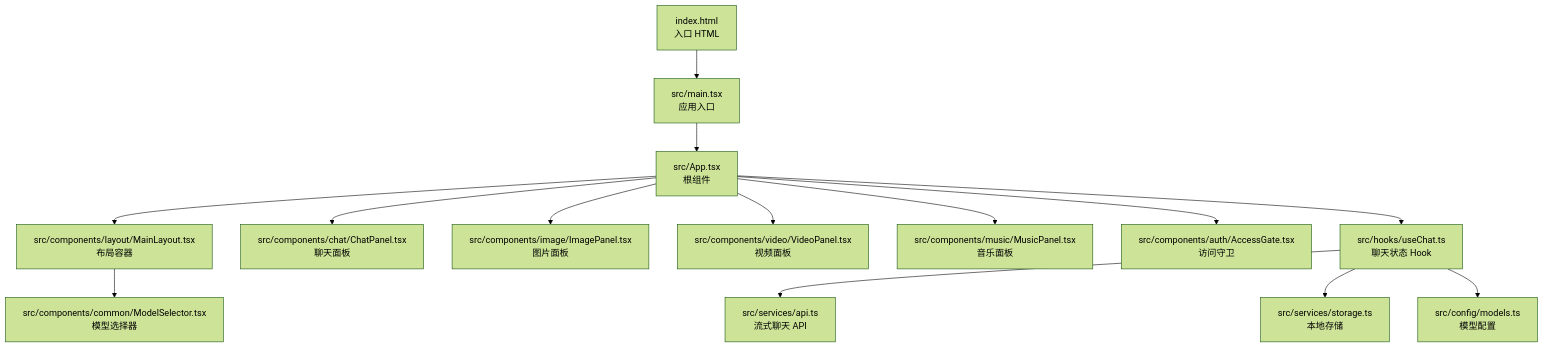
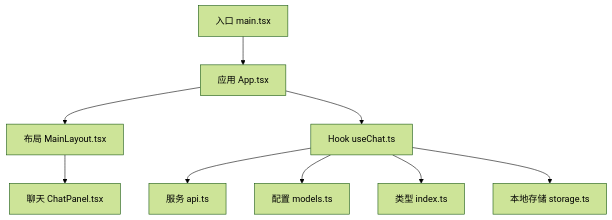
Before and after one commit to billye220670/AIShop: the first of 7 diagrams in .qoder/repowiki/zh/content/架构设计/整体架构概览.md, drawn with Mermaid (forest theme). The commit also changed other lines of this file and 135 other files, not shown here.

````diff
--- a/.qoder/repowiki/zh/content/架构设计/整体架构概览.md
+++ b/.qoder/repowiki/zh/content/架构设计/整体架构概览.md
@@ -48,16 +43,11 @@
 ```mermaid
 graph TB
-A["index.html<br/>入口 HTML"] --> B["src/main.tsx<br/>应用入口"]
-B --> C["src/App.tsx<br/>根组件"]
-C --> D["src/components/layout/MainLayout.tsx<br/>布局容器"]
-C --> E["src/components/chat/ChatPanel.tsx<br/>聊天面板"]
-C --> F["src/components/image/ImagePanel.tsx<br/>图片面板"]
-C --> G["src/components/video/VideoPanel.tsx<br/>视频面板"]
-C --> H["src/components/music/MusicPanel.tsx<br/>音乐面板"]
-C --> I["src/components/auth/AccessGate.tsx<br/>访问守卫"]
-C --> J["src/hooks/useChat.ts<br/>聊天状态 Hook"]
-J --> K["src/services/api.ts<br/>流式聊天 API"]
-J --> L["src/services/storage.ts<br/>本地存储"]
-J --> M["src/config/models.ts<br/>模型配置"]
-D --> N["src/components/common/ModelSelector.tsx<br/>模型选择器"]
+A["入口 main.tsx"] --> B["应用 App.tsx"]
+B --> C["布局 MainLayout.tsx"]
+C --> D["聊天 ChatPanel.tsx"]
+B --> E["Hook useChat.ts"]
+E --> F["服务 api.ts"]
+E --> G["配置 models.ts"]
+E --> H["类型 index.ts"]
+E --> I["本地存储 storage.ts"]
 ```
````
